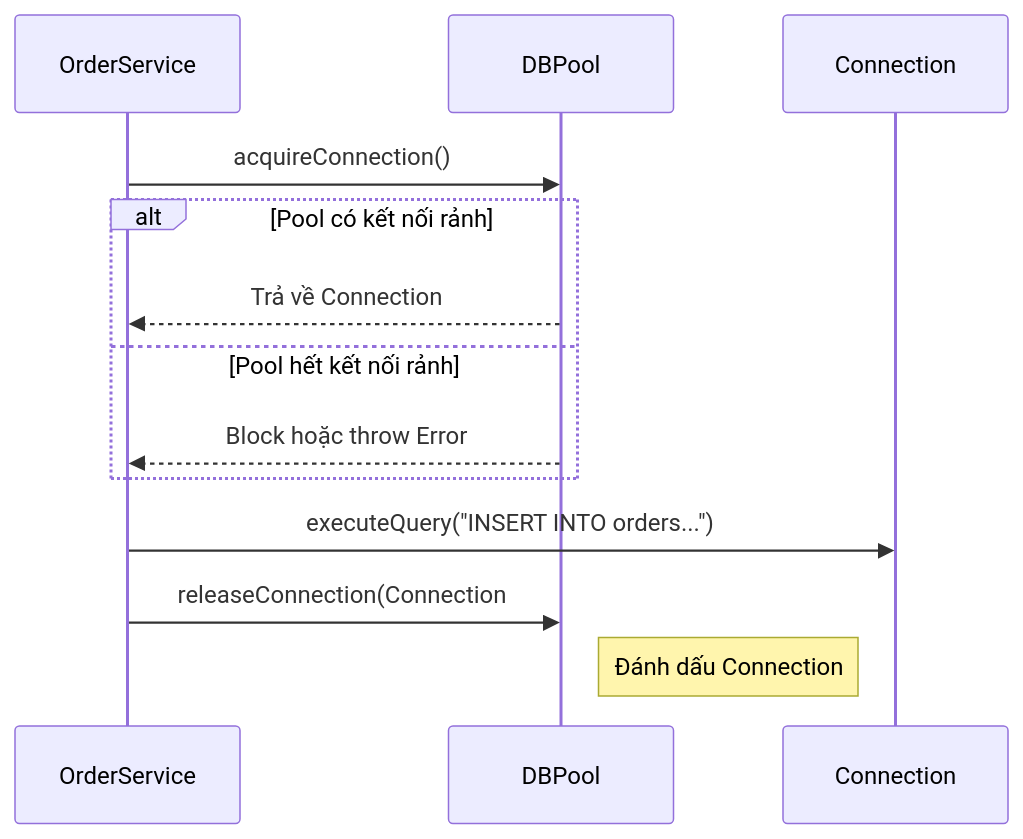
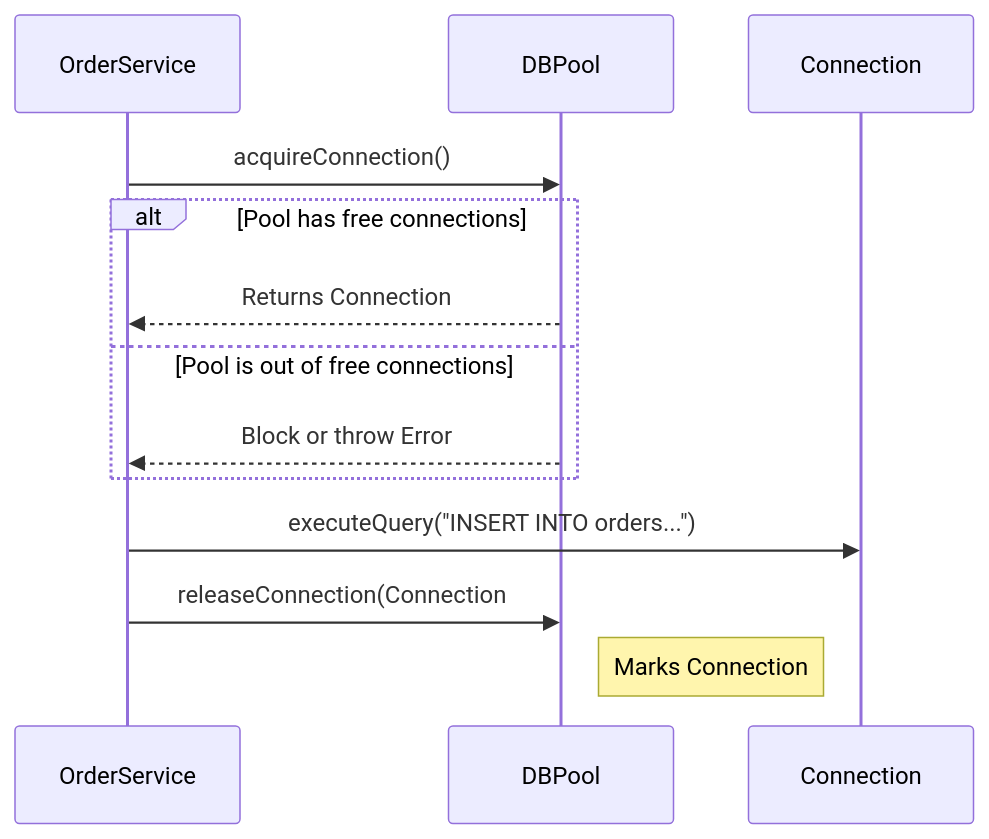
Before and after one commit to ga2631/ga2631.github.io: the diagram in src/data/blog/en/76-2026-06-04-design-pattern-02-creational-patterns-object-pool.md, drawn with Mermaid. The commit also changed other lines of this file and 74 other files, not shown here.

````diff
--- a/src/data/blog/en/76-2026-06-04-design-pattern-02-creational-patterns-object-pool.md
+++ b/src/data/blog/en/76-2026-06-04-design-pattern-02-creational-patterns-object-pool.md
@@ -31,17 +31,17 @@
 ```mermaid
 sequenceDiagram
     participant OrderService
     participant DBPool
     participant Connection
 
     OrderService->>DBPool: acquireConnection()
-    alt Pool có kết nối rảnh
-        DBPool-->>OrderService: Trả về Connection #1
-    else Pool hết kết nối rảnh
-        DBPool-->>OrderService: Block hoặc throw Error
+    alt Pool has free connections
+        DBPool-->>OrderService: Returns Connection #1
+    else Pool is out of free connections
+        DBPool-->>OrderService: Block or throw Error
     end
 
     OrderService->>Connection: executeQuery("INSERT INTO orders...")
     OrderService->>DBPool: releaseConnection(Connection #1)
-    Note right of DBPool: Đánh dấu Connection #1 là Available
+    Note right of DBPool: Marks Connection #1 as Available
 ```
````
